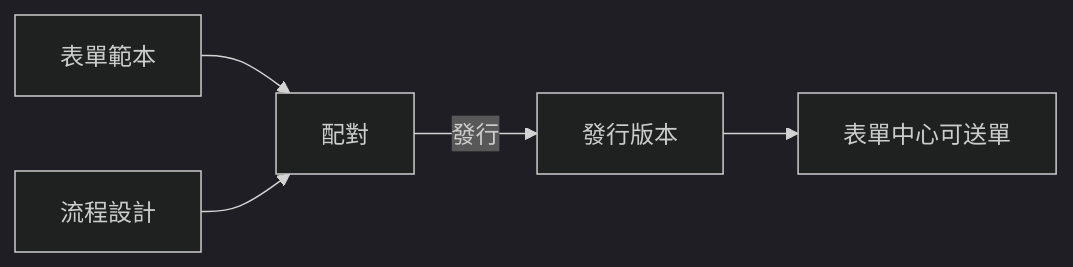
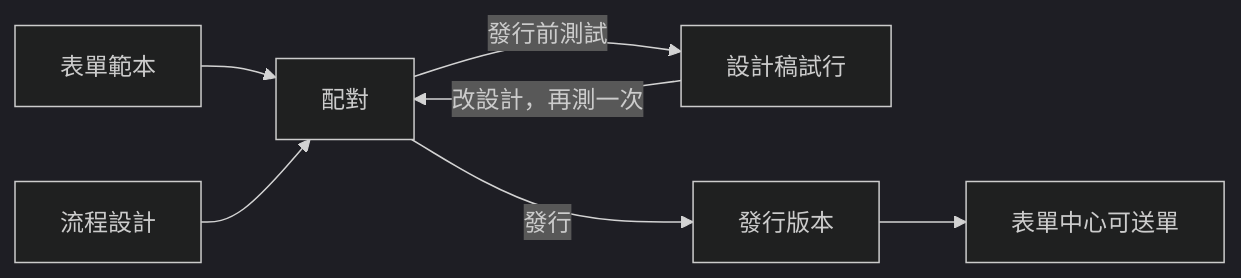
The diagram in docs/manual/04_form_workflow/workflows.md (ethan-beakmask/BeakPlatform), drawn with Mermaid (dark theme) before and after one commit. The commit also changed other lines of this file and 20 other files, not shown here.

````diff
--- a/docs/manual/04_form_workflow/workflows.md
+++ b/docs/manual/04_form_workflow/workflows.md
@@ -32,7 +35,9 @@
 ```mermaid
 flowchart LR
     T[表單範本] --> M[配對]
     W[流程設計] --> M
+    M -->|發行前測試| D[設計稿試行]
+    D -->|改設計，再測一次| M
     M -->|發行| S[發行版本]
     S --> C[表單中心可送單]
 ```
````
